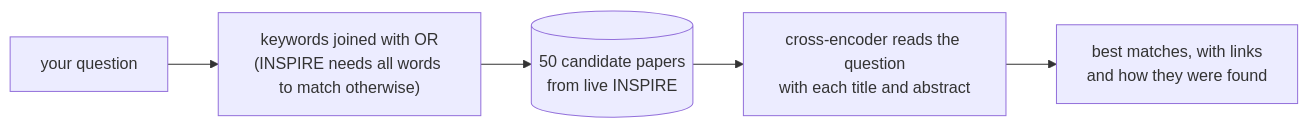
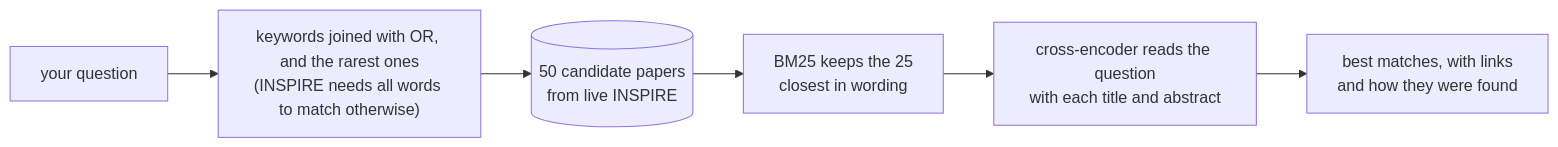
Before and after one commit to JacopoTorasso/inspire-mcp: the diagram in README.md, drawn with Mermaid. The commit also changed other lines of this file, not shown here.

Commit message:
README: rare-word query and BM25 prefilter in the pipeline diagram, INSPIRE_MCP_RERANKER_MODEL

````diff
--- a/README.md
+++ b/README.md
@@ -146,7 +146,8 @@
 ```mermaid
 flowchart LR
-    Q[your question] --> K["keywords joined with OR<br/>(INSPIRE needs all words to match otherwise)"]
+    Q[your question] --> K["keywords joined with OR, and the rarest ones<br/>(INSPIRE needs all words to match otherwise)"]
     K --> P[(50 candidate papers<br/>from live INSPIRE)]
-    P --> R["cross-encoder reads the question<br/>with each title and abstract"]
+    P --> B["BM25 keeps the 25<br/>closest in wording"]
+    B --> R["cross-encoder reads the question<br/>with each title and abstract"]
     R --> A[best matches, with links<br/>and how they were found]
 ```
````
